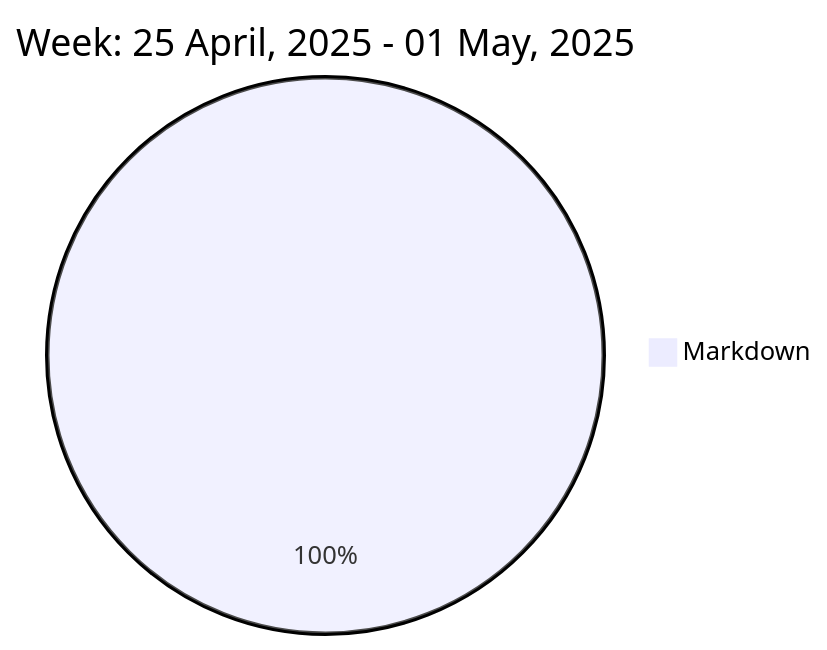
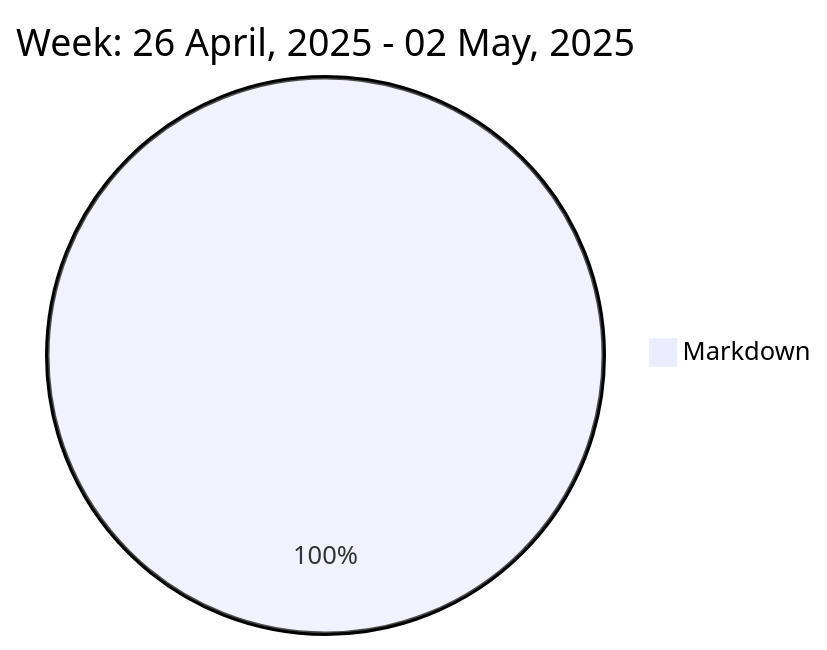
The diagram in README.md (liubin95/liubin95), drawn with Mermaid before and after one commit.

Commit message:
Updated the Graph with new Metrics

````diff
--- a/README.md
+++ b/README.md
@@ -37,5 +37,5 @@
 ```mermaid
  pie
-title Week: 25 April, 2025 - 01 May, 2025
- "Markdown" : 3.17
+title Week: 26 April, 2025 - 02 May, 2025
+ "Markdown" : 2.58
 ```
````
